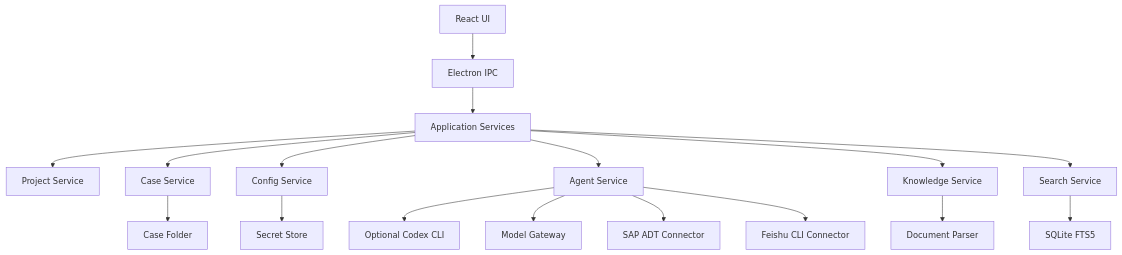
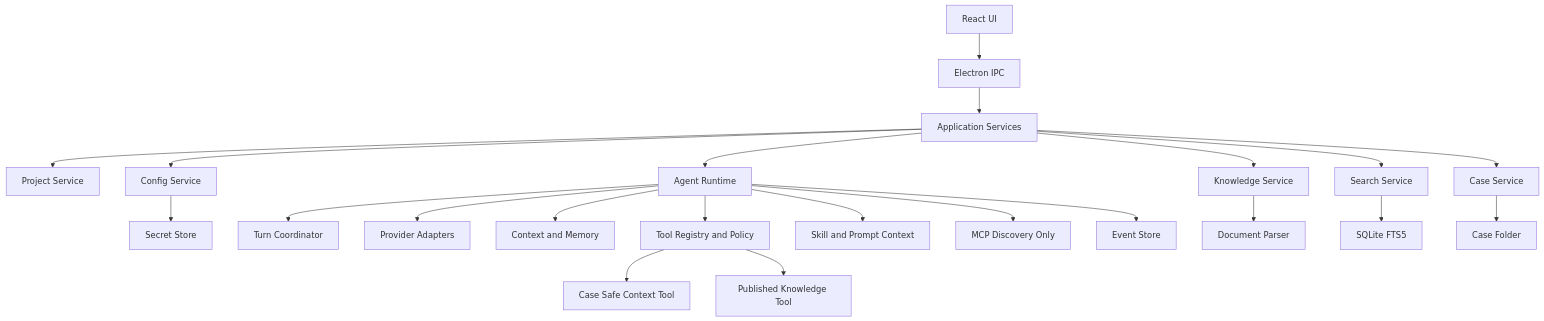
One commit to 123225073/sap-ai-consultant-workbench changed the first of 4 diagrams in docs/product-prototype/TECHNICAL_IMPLEMENTATION.md. Above: the diagram before and after it, drawn with Mermaid. The commit also changed other lines of this file and 85 other files, not shown here.

Commit message:
feat: add independent agent runtime and capability center

````diff
--- a/docs/product-prototype/TECHNICAL_IMPLEMENTATION.md
+++ b/docs/product-prototype/TECHNICAL_IMPLEMENTATION.md
@@ -70,19 +75,24 @@
 ```mermaid
 flowchart TD
   A["React UI"] --> B["Electron IPC"]
   B --> C["Application Services"]
   C --> D["Project Service"]
   C --> E["Case Service"]
   C --> F["Config Service"]
-  C --> G["Agent Service"]
+  C --> G["Agent Runtime"]
   C --> H["Knowledge Service"]
   C --> I["Search Service"]
   F --> J["Secret Store"]
-  G --> K["Optional Codex CLI"]
-  G --> L["Model Gateway"]
-  G --> M["SAP ADT Connector"]
-  G --> N["Feishu CLI Connector"]
+  G --> K["Turn Coordinator"]
+  G --> L["Provider Adapters"]
+  G --> M["Context and Memory"]
+  G --> N["Tool Registry and Policy"]
+  N --> R["Case Safe Context Tool"]
+  N --> S["Published Knowledge Tool"]
+  G --> T["Skill and Prompt Context"]
+  G --> U["MCP Discovery Only"]
+  G --> W["Event Store"]
   H --> O["Document Parser"]
   I --> P["SQLite FTS5"]
   E --> Q["Case Folder"]
 ```
````
